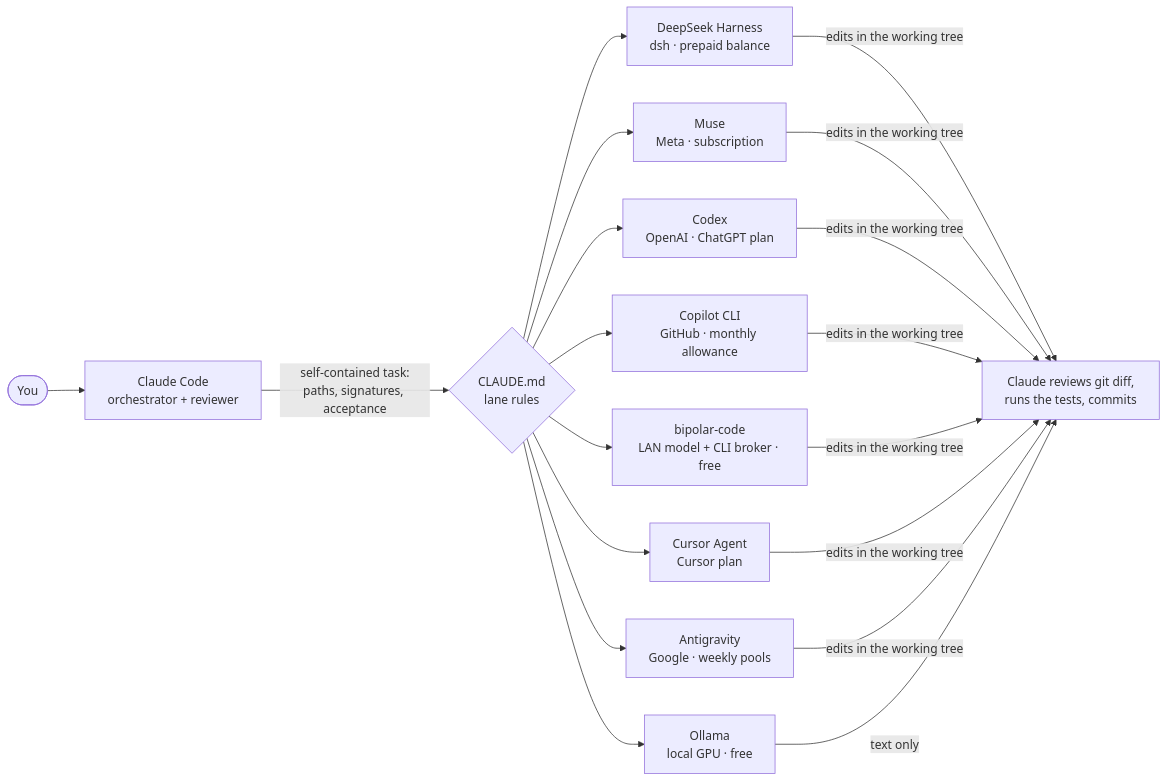
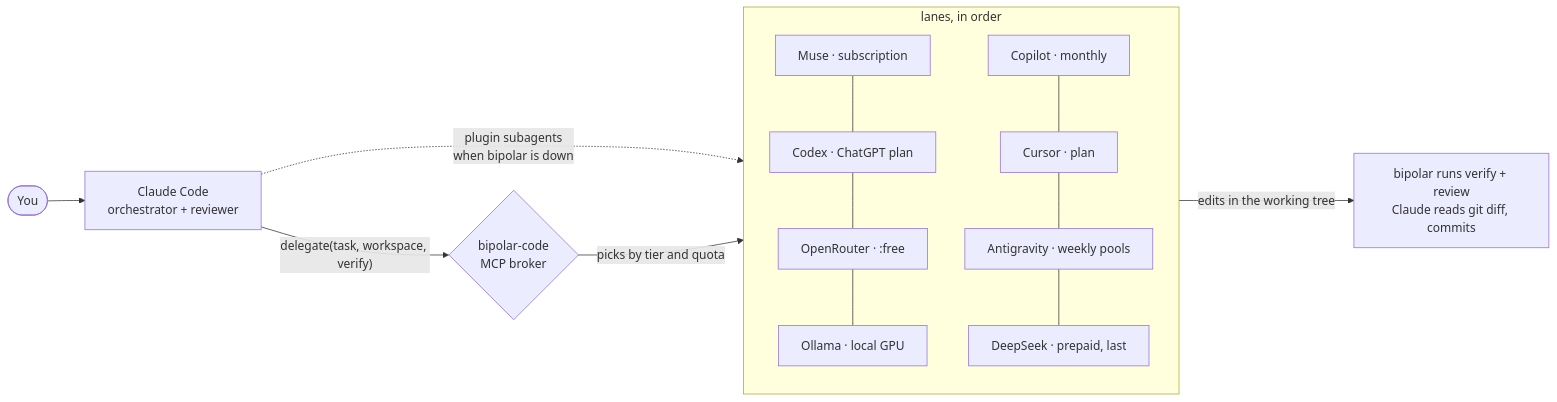
The first of 3 diagrams in README.md (santiquiroz/claude-delegation-kit), drawn with Mermaid before and after one commit. The commit also changed other lines of this file and 15 other files, not shown here.

First line of the commit message:
feat: bipolar MCP as preferred path, OpenRouter lane, Muse-first order (#1)

````diff
--- a/README.md
+++ b/README.md
@@ -16,15 +18,12 @@
 ```mermaid
 flowchart LR
     U([You]) --> CC["Claude Code<br/>orchestrator + reviewer"]
-    CC -->|"self-contained task:<br/>paths, signatures, acceptance"| R{"CLAUDE.md<br/>lane rules"}
-    R --> DS["DeepSeek Harness<br/>dsh · prepaid balance"]
-    R --> MU["Muse<br/>Meta · subscription"]
-    R --> CX["Codex<br/>OpenAI · ChatGPT plan"]
-    R --> CP["Copilot CLI<br/>GitHub · monthly allowance"]
-    R --> OL["Ollama<br/>local GPU · free"]
-    R --> BP["bipolar-code<br/>LAN model + CLI broker · free"]
-    R --> CU["Cursor Agent<br/>Cursor plan"]
-    R --> AG["Antigravity<br/>Google · weekly pools"]
-    DS & MU & CX & CP & BP & CU & AG -->|"edits in the working tree"| REV["Claude reviews git diff,<br/>runs the tests, commits"]
-    OL -->|"text only"| REV
+    CC -->|"delegate(task, workspace, verify)"| BP{"bipolar-code<br/>MCP broker"}
+    CC -.->|"plugin subagents<br/>when bipolar is down"| L
+    BP -->|"picks by tier and quota"| L
+    subgraph L["lanes, in order"]
+        MU["Muse · subscription"] --- CX["Codex · ChatGPT plan"] --- OR["OpenRouter · :free"] --- OL["Ollama · local GPU"]
+        CP["Copilot · monthly"] --- CU["Cursor · plan"] --- AG["Antigravity · weekly pools"] --- DS["DeepSeek · prepaid, last"]
+    end
+    L -->|"edits in the working tree"| REV["bipolar runs verify + review<br/>Claude reads git diff, commits"]
 ```
````
